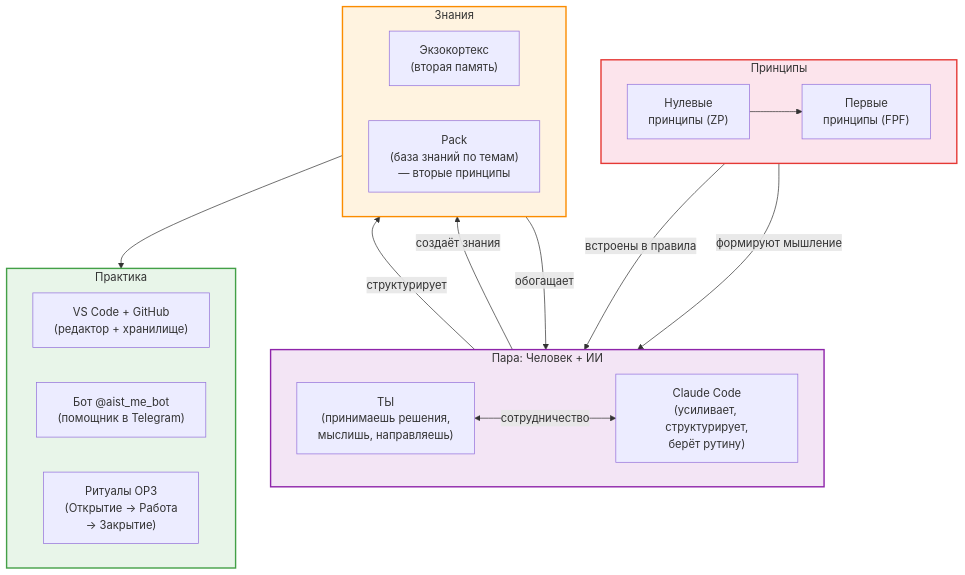
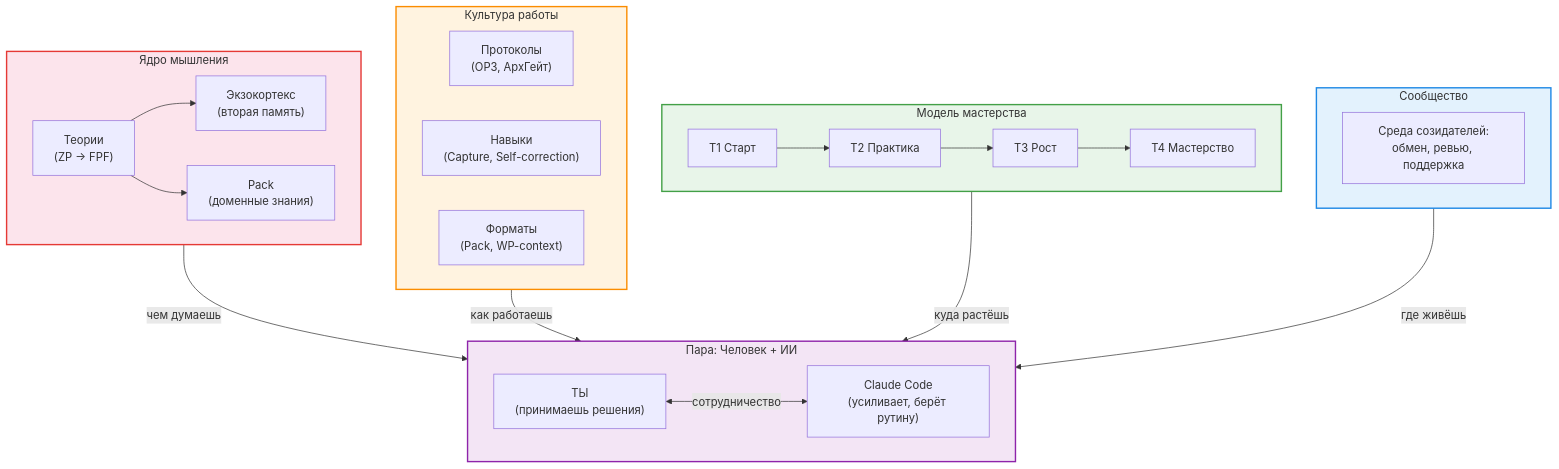
The second of 3 diagrams in docs/onboarding/onboarding-guide.md (klimentjev/FMT-exocortex-template), drawn with Mermaid before and after one commit. The commit also changed other lines of this file and 31 other files, not shown here.

````diff
--- a/docs/onboarding/onboarding-guide.md
+++ b/docs/onboarding/onboarding-guide.md
@@ -183,41 +218,44 @@
 ```mermaid
 graph TB
-    subgraph principles["Принципы"]
+    subgraph core["Ядро мышления"]
         direction LR
-        ZP["Нулевые\nпринципы (ZP)"]
-        FPF["Первые\nпринципы (FPF)"]
-        ZP --> FPF
+        ZP["Теории\n(ZP → FPF)"]
+        EXO["Экзокортекс\n(вторая память)"]
+        PACK["Pack\n(доменные знания)"]
+        ZP --> EXO
+        ZP --> PACK
+    end
+
+    subgraph culture["Культура работы"]
+        direction LR
+        PROTOCOLS["Протоколы\n(ОРЗ, АрхГейт)"]
+        SKILLS["Навыки\n(Capture, Self-correction)"]
+        FORMATS["Форматы\n(Pack, WP-context)"]
+    end
+
+    subgraph mastery["Модель мастерства"]
+        T1["T1 Старт"] --> T2["T2 Практика"] --> T3["T3 Рост"] --> T4["T4 Мастерство"]
+    end
+
+    subgraph community["Сообщество"]
+        COMM["Среда созидателей:\nобмен, ревью, поддержка"]
     end
 
     subgraph pair["Пара: Человек + ИИ"]
         direction LR
-        USER["ТЫ\n(принимаешь решения,\nмыслишь, направляешь)"]
-        AI["Claude Code\n(усиливает, структурирует,\nберёт рутину)"]
+        USER["ТЫ\n(принимаешь решения)"]
+        AI["Claude Code\n(усиливает, берёт рутину)"]
         USER <-->|"сотрудничество"| AI
     end
 
-    subgraph knowledge["Знания"]
-        direction LR
-        EXO["Экзокортекс\n(вторая память)"]
-        PACK["Pack\n(база знаний по темам)\n— вторые принципы"]
-    end
+    core -->|"чем думаешь"| pair
+    culture -->|"как работаешь"| pair
+    mastery -->|"куда растёшь"| pair
+    community -->|"где живёшь"| pair
 
-    subgraph practice["Практика"]
-        direction LR
-        TOOLS["VS Code + GitHub\n(редактор + хранилище)"]
-        BOT["Бот @aist_me_bot\n(помощник в Telegram)"]
-        RITUALS["Ритуалы ОРЗ\n(Открытие → Работа\n→ Закрытие)"]
-    end
-
-    principles -->|"формируют мышление"| USER
-    principles -->|"встроены в правила"| AI
-    USER -->|"создаёт знания"| PACK
-    AI -->|"структурирует"| EXO
-    PACK -->|"обогащает"| AI
-    knowledge --> practice
-
-    style principles fill:#fce4ec,stroke:#e53935,stroke-width:2px
+    style core fill:#fce4ec,stroke:#e53935,stroke-width:2px
+    style culture fill:#fff3e0,stroke:#fb8c00,stroke-width:2px
+    style mastery fill:#e8f5e9,stroke:#43a047,stroke-width:2px
+    style community fill:#e3f2fd,stroke:#1e88e5,stroke-width:2px
     style pair fill:#f3e5f5,stroke:#8e24aa,stroke-width:2px
-    style knowledge fill:#fff3e0,stroke:#fb8c00,stroke-width:2px
-    style practice fill:#e8f5e9,stroke:#43a047,stroke-width:2px
 ```
````
